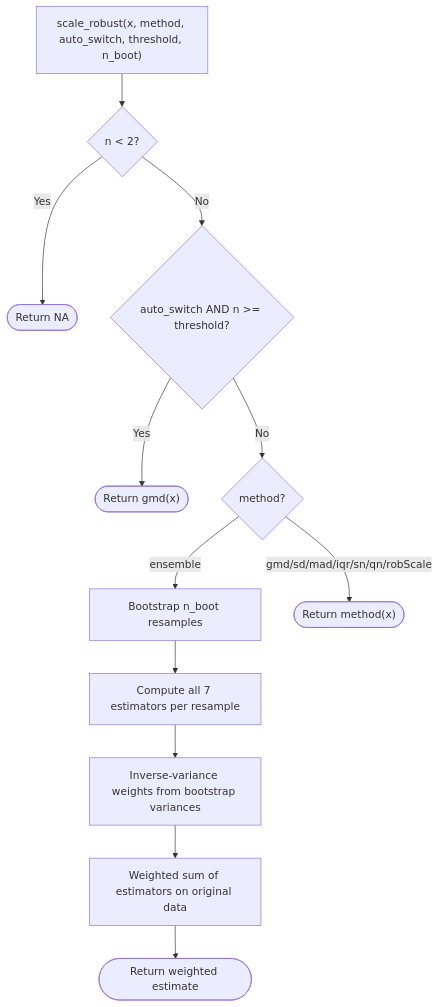
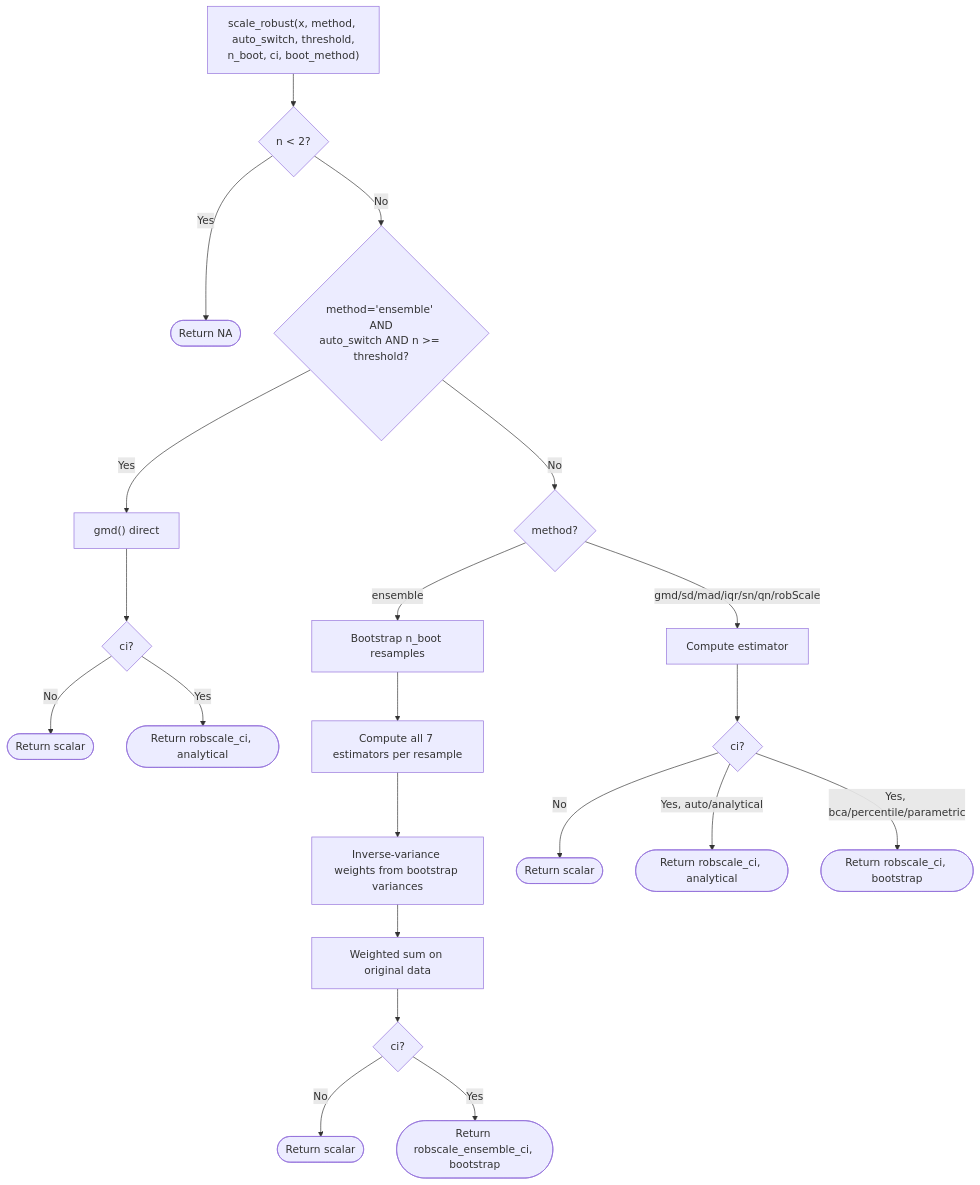
The first of 2 diagrams in README.md (davdittrich/robscale), drawn with Mermaid before and after one commit. The commit also changed other lines of this file and 1 other file, not shown here.

First line of the commit message:
docs: update README for auto_switch fix, bootstrap CI, and Aitken acceleration

````diff
--- a/README.md
+++ b/README.md
@@ -314,14 +325,23 @@
 ```mermaid
 flowchart TD
-    A["scale_robust(x, method, auto_switch, threshold, n_boot)"] --> B{n < 2?}
+    A["scale_robust(x, method, auto_switch, threshold,\nn_boot, ci, boot_method)"] --> B{n < 2?}
     B -- Yes --> C([Return NA])
-    B -- No --> D{auto_switch AND n >= threshold?}
-    D -- Yes --> E(["Return gmd(x)"])
+    B -- No --> D{"method='ensemble' AND\nauto_switch AND n >= threshold?"}
+    D -- Yes --> E["gmd() direct"]
+    E --> ECI{ci?}
+    ECI -- No --> EC([Return scalar])
+    ECI -- Yes --> ECA([Return robscale_ci, analytical])
     D -- No --> F{method?}
     F -- ensemble --> G["Bootstrap n_boot resamples"]
     G --> H["Compute all 7 estimators per resample"]
     H --> I["Inverse-variance weights from bootstrap variances"]
-    I --> J["Weighted sum of estimators on original data"]
-    J --> K([Return weighted estimate])
-    F -- "gmd/sd/mad/iqr/sn/qn/robScale" --> L(["Return method(x)"])
+    I --> J["Weighted sum on original data"]
+    J --> KCI{ci?}
+    KCI -- No --> K([Return scalar])
+    KCI -- Yes --> KA([Return robscale_ensemble_ci, bootstrap])
+    F -- "gmd/sd/mad/iqr/sn/qn/robScale" --> L["Compute estimator"]
+    L --> MCI{ci?}
+    MCI -- No --> MN([Return scalar])
+    MCI -- "Yes, auto/analytical" --> MA([Return robscale_ci, analytical])
+    MCI -- "Yes, bca/percentile/parametric" --> MB([Return robscale_ci, bootstrap])
 ```
````
